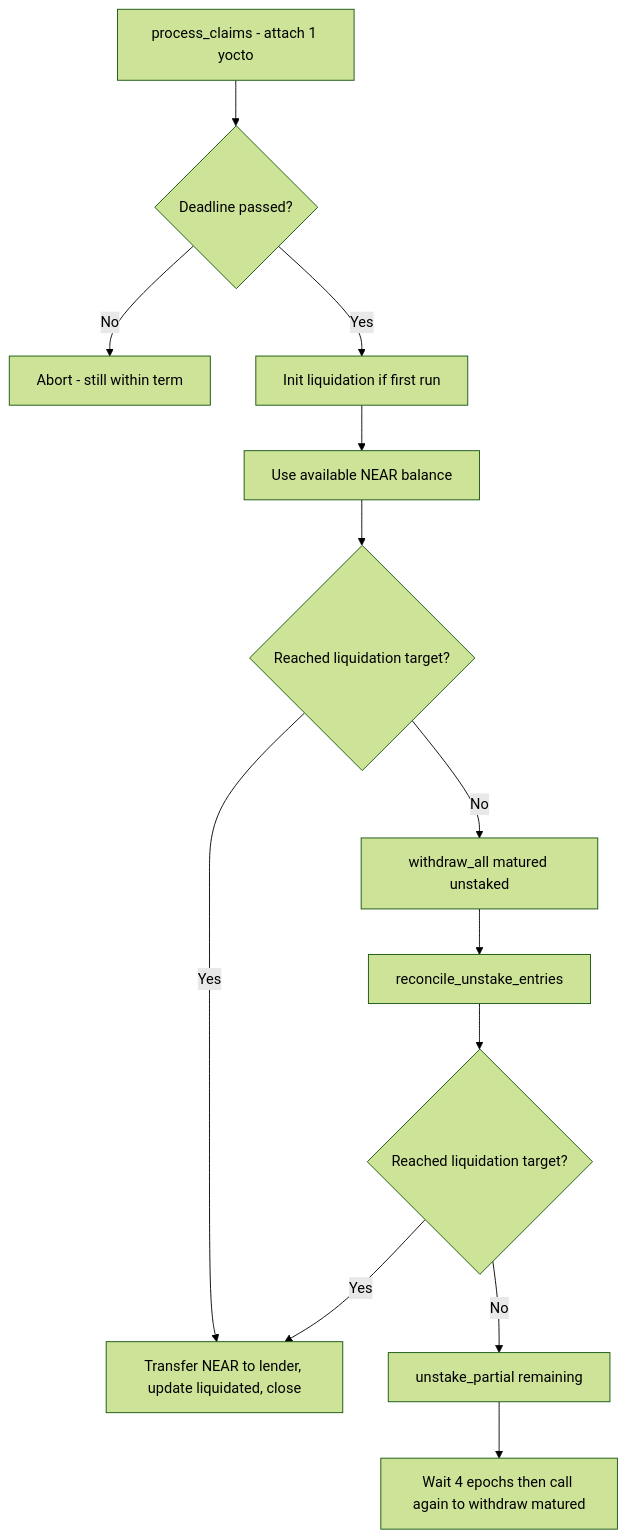
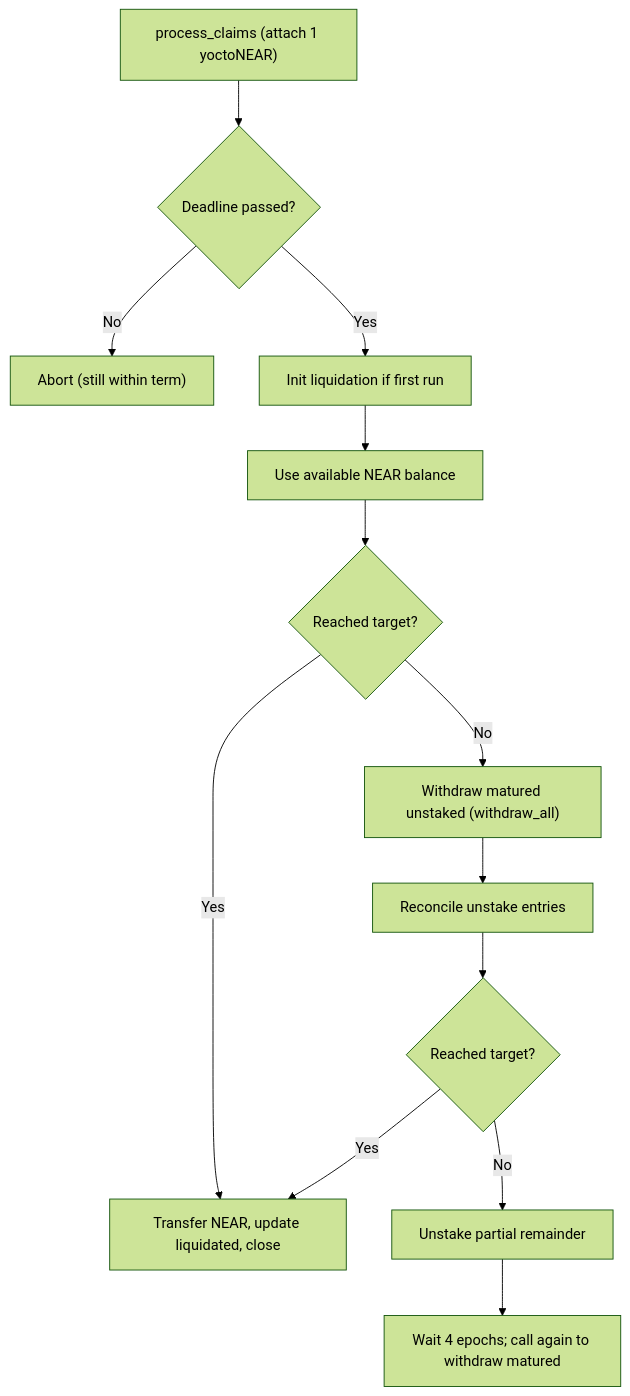
One commit to sudostake/resources changed the fourth of 6 diagrams in PERSONAS_AND_FLOWS.md. Above: the diagram before and after it, drawn with Mermaid (forest theme). The commit also changed other lines of this file, not shown here.

First line of the commit message:
Revise and expand personas and flows documentation

````diff
--- a/PERSONAS_AND_FLOWS.md
+++ b/PERSONAS_AND_FLOWS.md
@@ -149,15 +209,15 @@
 ```mermaid
 flowchart TD
-    P0[process_claims - attach 1 yocto] --> C1{Deadline passed?}
-    C1 -- No --> X1[Abort - still within term]
-    C1 -- Yes --> I0[Init liquidation if first run]
-    I0 --> L1[Use available NEAR balance]
-    L1 --> C2{Reached liquidation target?}
-    C2 -- Yes --> Z[Transfer NEAR to lender, update liquidated, close]
-    C2 -- No --> M1[withdraw_all matured unstaked]
-    M1 --> R1[reconcile_unstake_entries]
-    R1 --> C3{Reached liquidation target?}
-    C3 -- Yes --> Z
-    C3 -- No --> U1[unstake_partial remaining]
-    U1 --> W1[Wait 4 epochs then call again to withdraw matured]
+    P0["process_claims (attach 1 yoctoNEAR)"] --> C1{"Deadline passed?"}
+    C1 -- "No" --> X1["Abort (still within term)"]
+    C1 -- "Yes" --> I0["Init liquidation if first run"]
+    I0 --> L1["Use available NEAR balance"]
+    L1 --> C2{"Reached target?"}
+    C2 -- "Yes" --> Z["Transfer NEAR, update liquidated, close"]
+    C2 -- "No" --> M1["Withdraw matured unstaked (withdraw_all)"]
+    M1 --> R1["Reconcile unstake entries"]
+    R1 --> C3{"Reached target?"}
+    C3 -- "Yes" --> Z
+    C3 -- "No" --> U1["Unstake partial remainder"]
+    U1 --> W1["Wait 4 epochs; call again to withdraw matured"]
 ```
````
